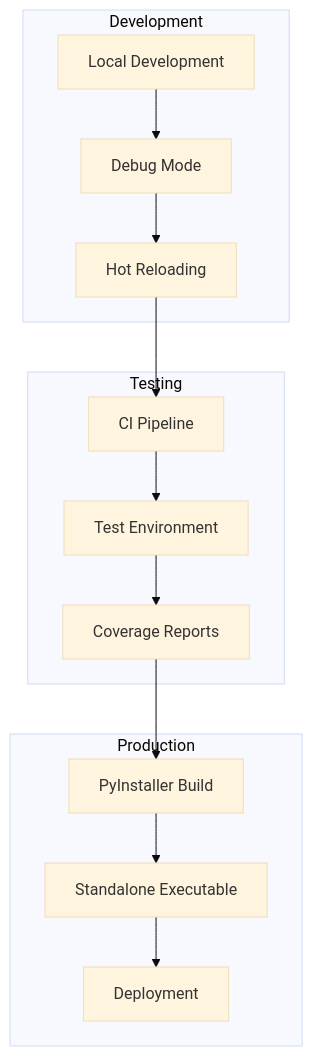
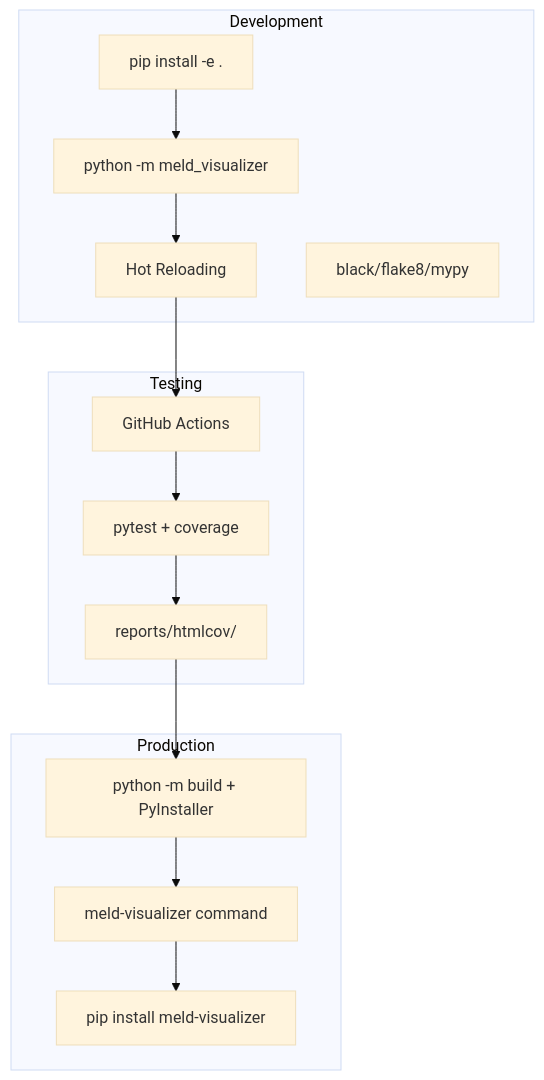
The ninth of 9 diagrams in docs/architecture/architecture.md (gregspruce/MELD_Visualizer), drawn with Mermaid (base theme) before and after one commit. The commit also changed other lines of this file and 105 other files, not shown here.

````diff
--- a/docs/architecture/architecture.md
+++ b/docs/architecture/architecture.md
@@ -374,31 +374,32 @@
 ```mermaid
 graph TB
     subgraph "Development"
-        Dev[Local Development]
-        Debug[Debug Mode]
+        Dev[pip install -e .]
+        Debug[python -m meld_visualizer]
         HotReload[Hot Reloading]
+        Quality[black/flake8/mypy]
     end
     
     subgraph "Testing"
-        CI[CI Pipeline]
-        TestEnv[Test Environment]
-        Coverage[Coverage Reports]
+        CI[GitHub Actions]
+        TestEnv[pytest + coverage]
+        Coverage[reports/htmlcov/]
     end
     
     subgraph "Production"
-        Build[PyInstaller Build]
-        Exec[Standalone Executable]
-        Deploy[Deployment]
+        Build[python -m build + PyInstaller]
+        Exec[meld-visualizer command]
+        Deploy[pip install meld-visualizer]
     end
     
     Dev --> Debug
     Debug --> HotReload
     HotReload --> CI
     
     CI --> TestEnv
     TestEnv --> Coverage
     Coverage --> Build
     
     Build --> Exec
     Exec --> Deploy
 ```
````
